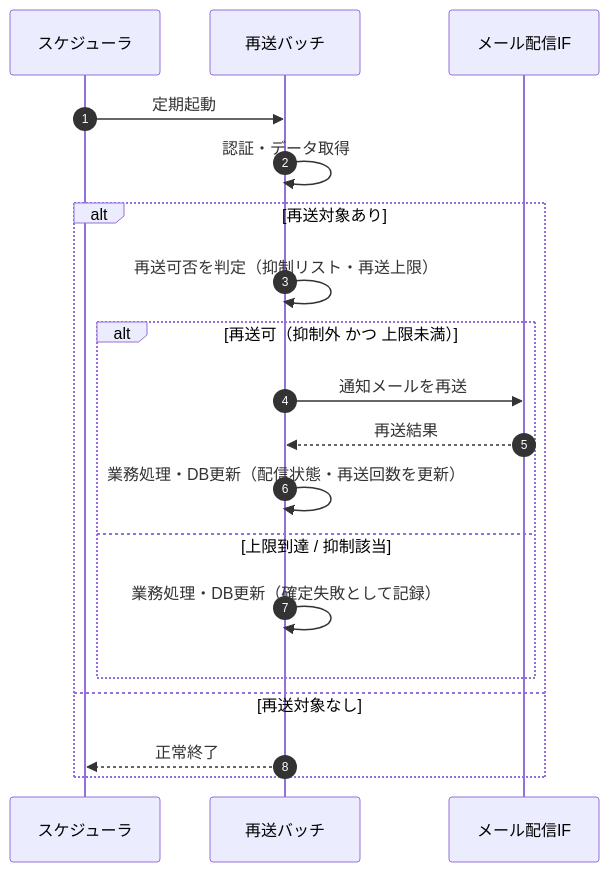
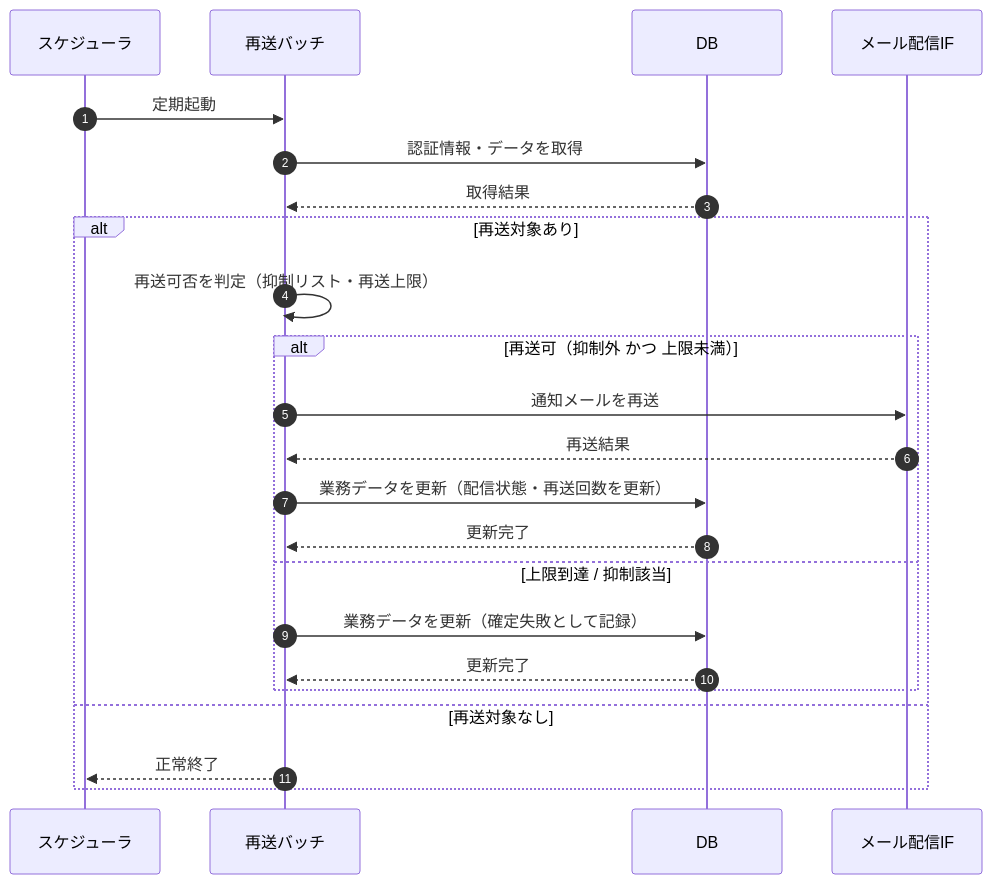
The diagram in 02_basic_design/03_sequences/SEQ-098.md (sikakou54/open-faq), drawn with Mermaid before and after one commit. The commit also changed other lines of this file and 122 other files, not shown here.

First line of the commit message:
シーケンス図に DB アクターを追加(DB 操作をサーバー自己メッセージから分離)

````diff
--- a/02_basic_design/03_sequences/SEQ-098.md
+++ b/02_basic_design/03_sequences/SEQ-098.md
@@ -26,21 +26,25 @@
 ```mermaid
 sequenceDiagram
   autonumber
   participant SCH as スケジューラ
   participant B as 再送バッチ
+  participant DB as DB
   participant MAIL as メール配信IF
   SCH->>B: 定期起動
-  B->>B: 認証・データ取得
+  B->>DB: 認証情報・データを取得
+  DB-->>B: 取得結果
   alt 再送対象あり
     B->>B: 再送可否を判定（抑制リスト・再送上限）
     alt 再送可（抑制外 かつ 上限未満）
       B->>MAIL: 通知メールを再送
       MAIL-->>B: 再送結果
-      B->>B: 業務処理・DB更新（配信状態・再送回数を更新）
+      B->>DB: 業務データを更新（配信状態・再送回数を更新）
+      DB-->>B: 更新完了
     else 上限到達 / 抑制該当
-      B->>B: 業務処理・DB更新（確定失敗として記録）
+      B->>DB: 業務データを更新（確定失敗として記録）
+      DB-->>B: 更新完了
     end
   else 再送対象なし
     B-->>SCH: 正常終了
   end
 ```
````
